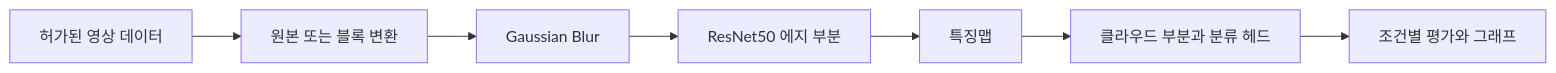
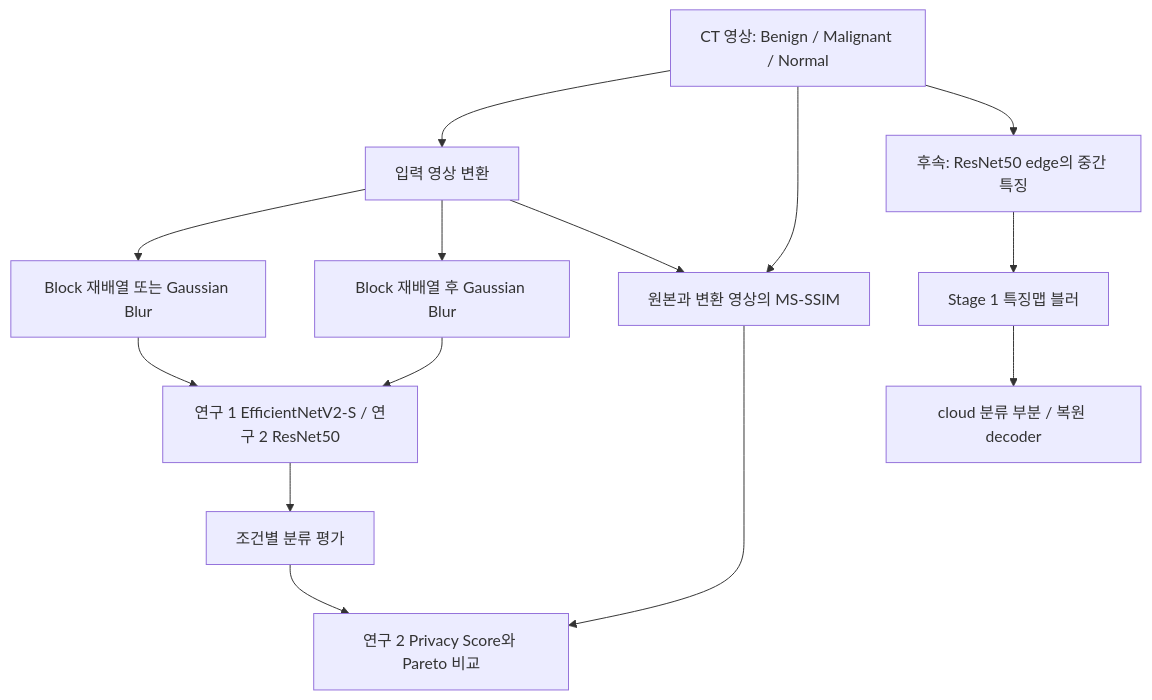
Before and after one commit to PUVKID/Lung-CT-Privacy-Project: the diagram in README.md, drawn with Mermaid. The commit also changed other lines of this file and 7 other files, not shown here.

````diff
--- a/README.md
+++ b/README.md
@@ -35,9 +74,16 @@
 ```mermaid
-flowchart LR
-    A[허가된 영상 데이터] --> B[원본 또는 블록 변환]
-    B --> C[Gaussian Blur]
-    C --> D[ResNet50 에지 부분]
-    D --> E[특징맵]
-    E --> F[클라우드 부분과 분류 헤드]
-    F --> G[조건별 평가와 그래프]
+flowchart TD
+    A[CT 영상: Benign / Malignant / Normal] --> B[입력 영상 변환]
+    B --> C[Block 재배열 또는 Gaussian Blur]
+    B --> D[Block 재배열 후 Gaussian Blur]
+    C --> E[연구 1 EfficientNetV2-S / 연구 2 ResNet50]
+    D --> E
+    E --> F[조건별 분류 평가]
+    A --> G[원본과 변환 영상의 MS-SSIM]
+    B --> G
+    G --> H[연구 2 Privacy Score와 Pareto 비교]
+    F --> H
+    A --> I[후속: ResNet50 edge의 중간 특징]
+    I --> J[Stage 1 특징맵 블러]
+    J --> K[cloud 분류 부분 / 복원 decoder]
 ```
````
